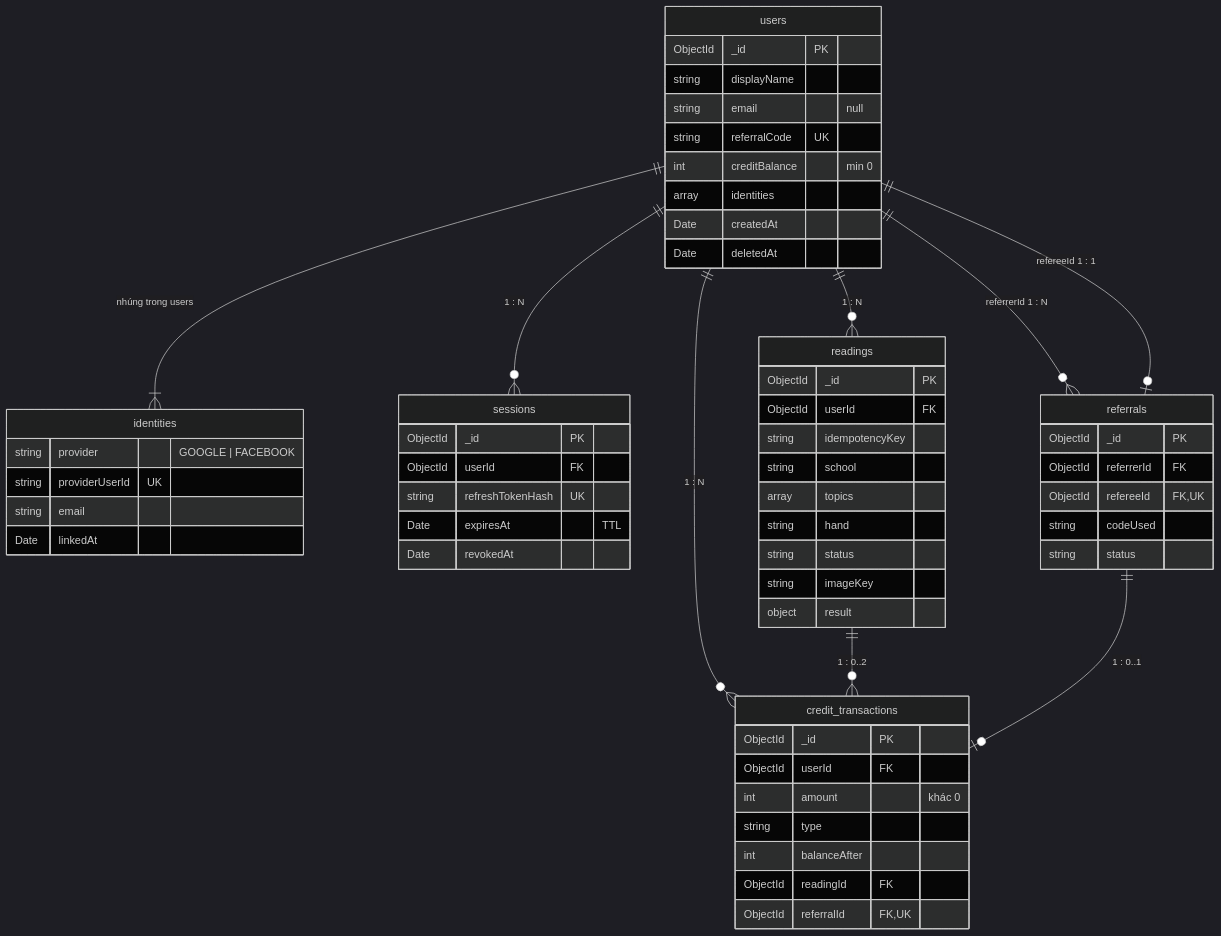
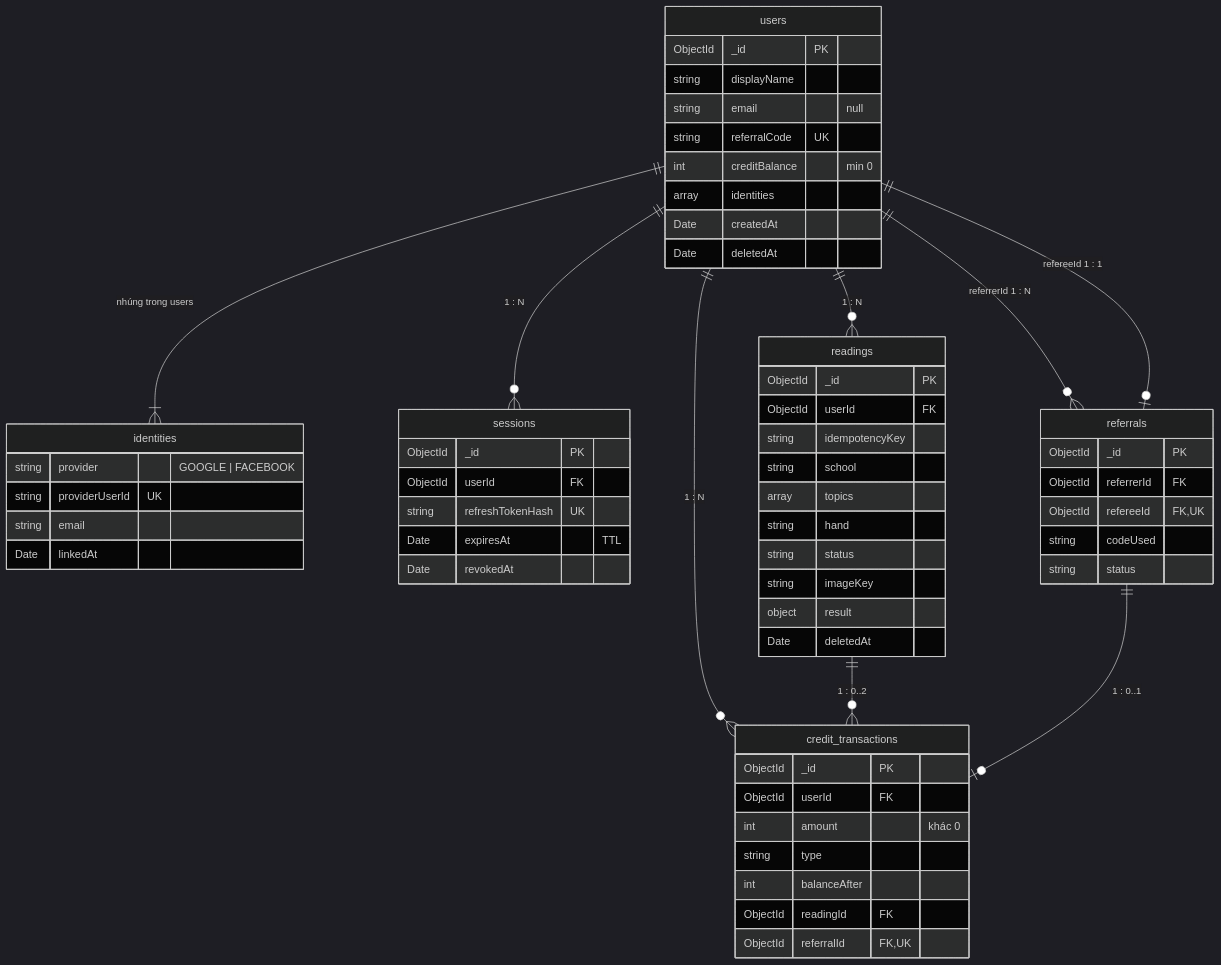
The diagram in docs/database-erd.md (DucDMinh/PalmSight), drawn with Mermaid (dark theme) before and after one commit. The commit also changed other lines of this file and 8 other files, not shown here.

````diff
--- a/docs/database-erd.md
+++ b/docs/database-erd.md
@@ -9,62 +9,63 @@
 ```mermaid
 erDiagram
     users ||--|{ identities : "nhúng trong users"
     users ||--o{ sessions : "1 : N"
     users ||--o{ referrals : "referrerId 1 : N"
     users ||--o| referrals : "refereeId 1 : 1"
     users ||--o{ readings : "1 : N"
     users ||--o{ credit_transactions : "1 : N"
     readings ||--o{ credit_transactions : "1 : 0..2"
     referrals ||--o| credit_transactions : "1 : 0..1"
 
     users {
         ObjectId _id PK
         string displayName
         string email "null"
         string referralCode UK
         int creditBalance "min 0"
         array identities
         Date createdAt
         Date deletedAt
     }
     identities {
         string provider "GOOGLE | FACEBOOK"
         string providerUserId UK
         string email
         Date linkedAt
     }
     sessions {
         ObjectId _id PK
         ObjectId userId FK
         string refreshTokenHash UK
         Date expiresAt "TTL"
         Date revokedAt
     }
     referrals {
         ObjectId _id PK
         ObjectId referrerId FK
         ObjectId refereeId FK, UK
         string codeUsed
         string status
     }
     readings {
         ObjectId _id PK
         ObjectId userId FK
         string idempotencyKey
         string school
         array topics
         string hand
         string status
         string imageKey
         object result
+        Date deletedAt
     }
     credit_transactions {
         ObjectId _id PK
         ObjectId userId FK
         int amount "khác 0"
         string type
         int balanceAfter
         ObjectId readingId FK
         ObjectId referralId FK, UK
     }
 ```
````
